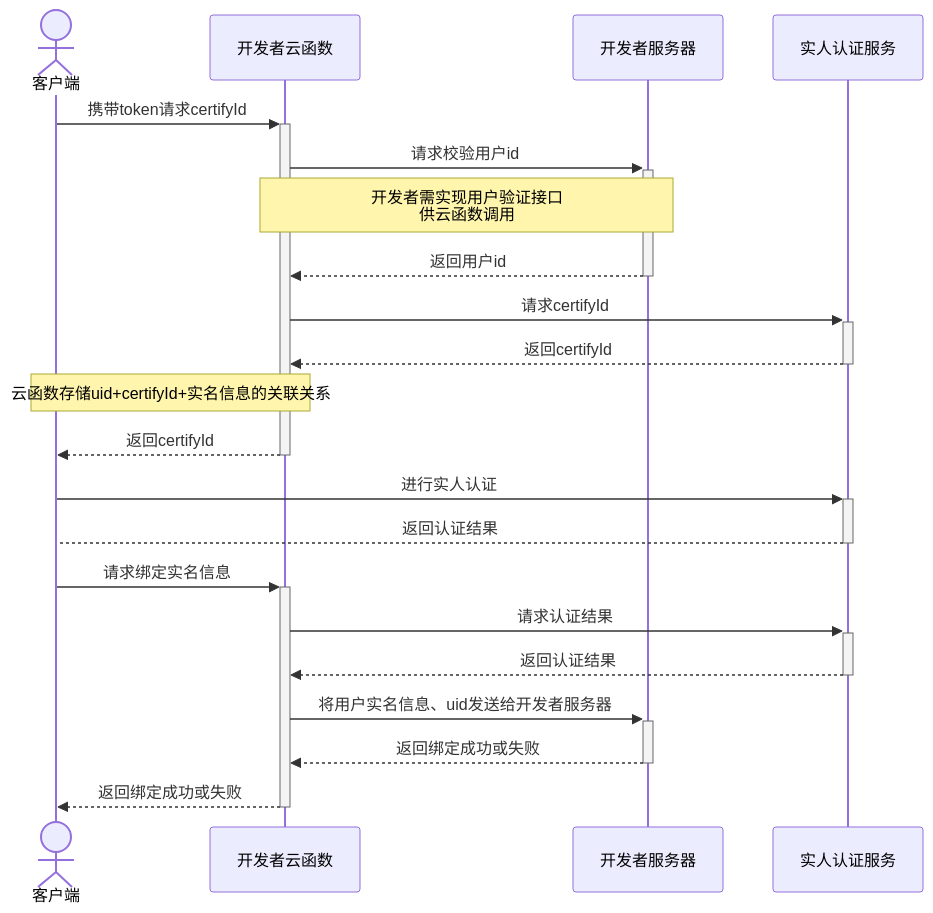
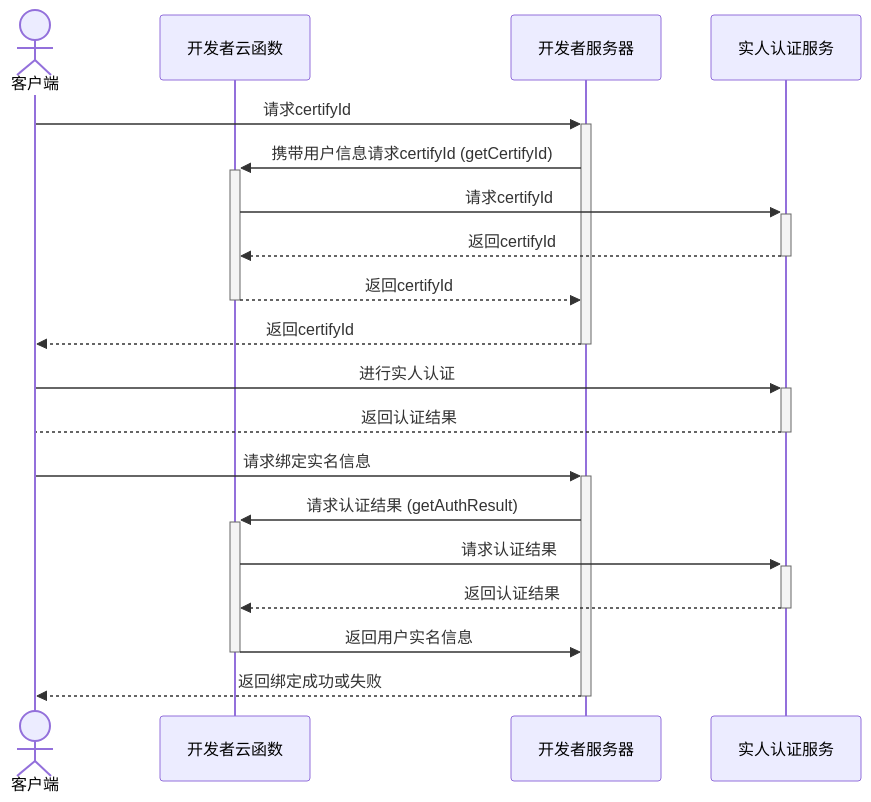
The second of 2 diagrams in docs/uniCloud/frv/dev.md (dcloudio/unidocs-zh), drawn with Mermaid before and after one commit. The commit also changed other lines of this file and 1 other file, not shown here.

````diff
--- a/docs/uniCloud/frv/dev.md
+++ b/docs/uniCloud/frv/dev.md
@@ -402,23 +402,21 @@
 ```mermaid
 sequenceDiagram
   actor client as 客户端
   participant cf as 开发者云函数
   participant dev as 开发者服务器
   participant service as 实人认证服务
-  client->>+cf: 携带token请求certifyId
-  cf->>+dev: 请求校验用户id
-  Note over cf,dev: 开发者需实现用户验证接口<br />供云函数调用
-  dev-->>-cf: 返回用户id
+  client->>+dev: 请求certifyId
+  dev->>+cf: 携带用户信息请求certifyId (getCertifyId)
   cf->>+service: 请求certifyId
   service-->>-cf: 返回certifyId
-  Note over client,cf: 云函数存储uid+certifyId+实名信息的关联关系
-  cf-->>-client: 返回certifyId
+  cf-->>-dev: 返回certifyId
+  dev-->>-client: 返回certifyId
   client->>+service: 进行实人认证
   service-->-client: 返回认证结果
-  client->>+cf: 请求绑定实名信息
+  client->>+dev: 请求绑定实名信息
+  dev->>+cf: 请求认证结果 (getAuthResult)
   cf->>+service: 请求认证结果
   service-->>-cf: 返回认证结果
-  cf->>+dev: 将用户实名信息、uid发送给开发者服务器
-  dev-->>-cf: 返回绑定成功或失败
-  cf-->>-client: 返回绑定成功或失败
+  cf->>-dev: 返回用户实名信息
+  dev-->>-client: 返回绑定成功或失败
 ```
````
